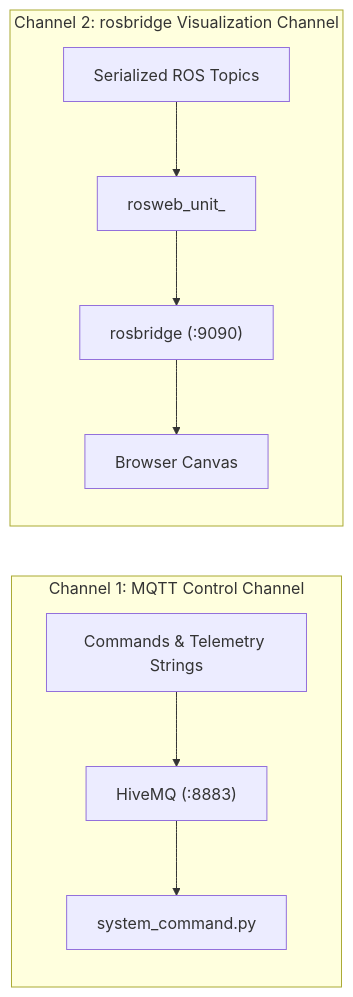
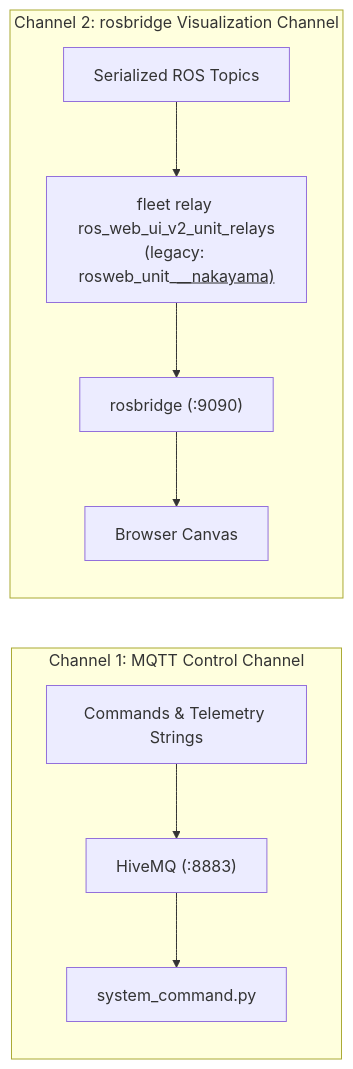
One commit to itbdelaboprogramming/msd700_documentation changed the second of 7 diagrams in docs/development/architecture.md. Above: the diagram before and after it, drawn with Mermaid. The commit also changed other lines of this file and 110 other files, not shown here.

````diff
--- a/docs/development/architecture.md
+++ b/docs/development/architecture.md
@@ -110,10 +110,10 @@
 ```mermaid
 flowchart LR
   subgraph Channel1["Channel 1: MQTT Control Channel"]
     M1["Commands & Telemetry Strings"] --> M2["HiveMQ (:8883)"] --> M3["system_command.py"]
   end
 
   subgraph Channel2["Channel 2: rosbridge Visualization Channel"]
-    R1["Serialized ROS Topics"] --> R2["rosweb_unit_<ULID>"] --> R3["rosbridge (:9090)"] --> R4["Browser Canvas"]
+    R1["Serialized ROS Topics"] --> R2["fleet relay ros_web_ui_v2_unit_relays<br/>(legacy: rosweb_unit_<u>_<unit>_nakayama)"] --> R3["rosbridge (:9090)"] --> R4["Browser Canvas"]
   end
 ```
````
